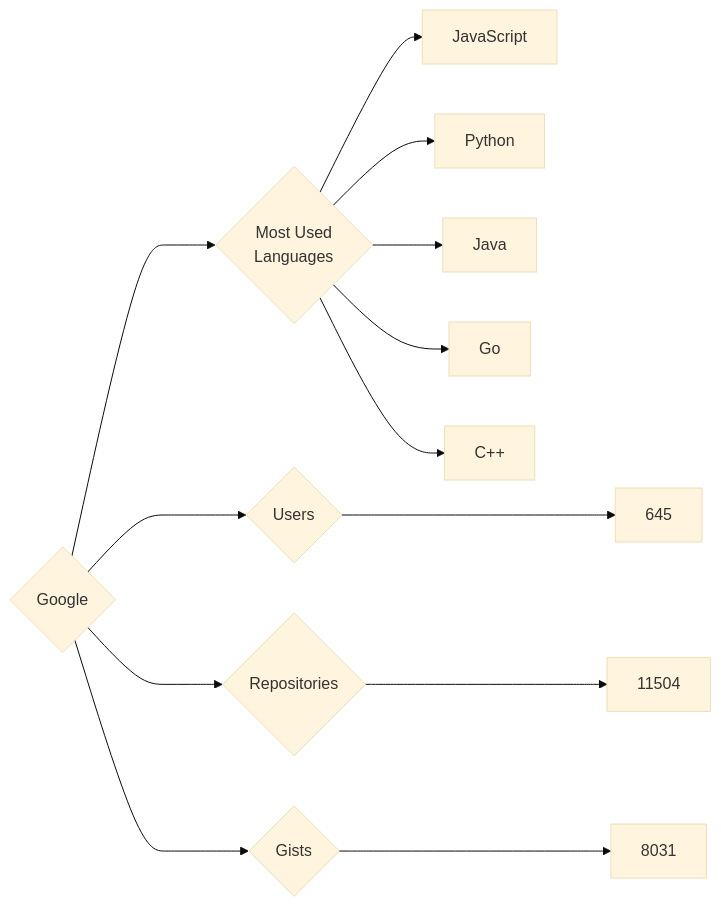
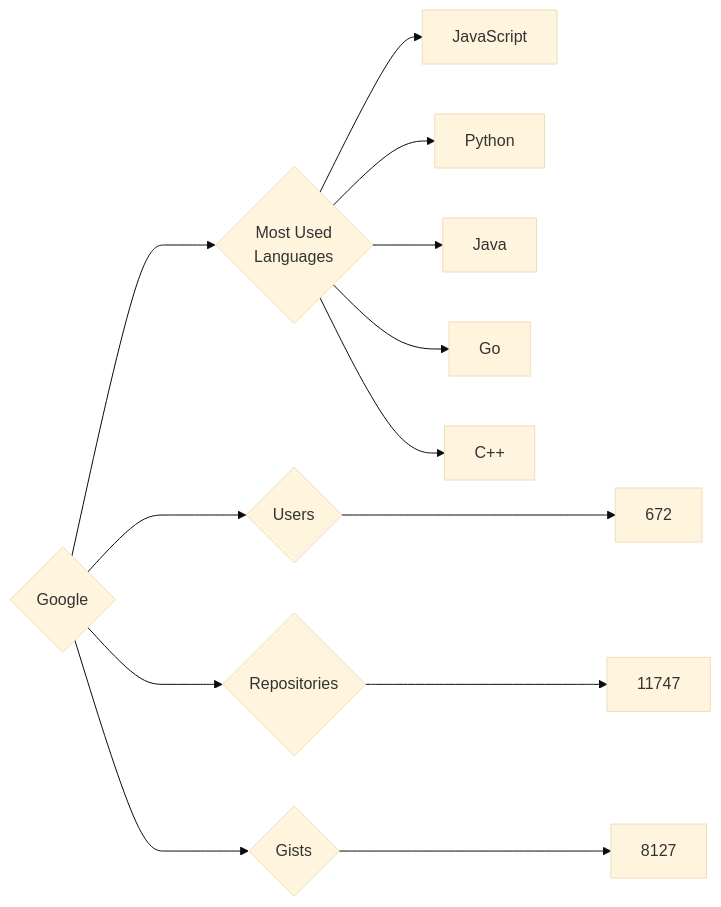
One commit to trickest/insiders changed the diagram in targets/Google/README.md. Above: the diagram before and after it, drawn with Mermaid (base theme). The commit also changed 681 other files, not shown here.

````diff
--- a/targets/Google/README.md
+++ b/targets/Google/README.md
@@ -3,13 +3,13 @@
 ```mermaid
 graph LR
 COMPANY_NAME{Google}
-COMPANY_NAME ---> U{Users} ---> UN[645]
-COMPANY_NAME ---> R{Repositories} ---> RN[11504]
-COMPANY_NAME ---> G{Gists} ---> GN[8031]
+COMPANY_NAME ---> U{Users} ---> UN[672]
+COMPANY_NAME ---> R{Repositories} ---> RN[11747]
+COMPANY_NAME ---> G{Gists} ---> GN[8127]
 COMPANY_NAME ---> ML{Most Used<br>Languages}
 ML --> JavaScript[JavaScript]
 ML --> Python[Python]
 ML --> Java[Java]
 ML --> Go[Go]
 ML --> C++[C++]
 ```
````
